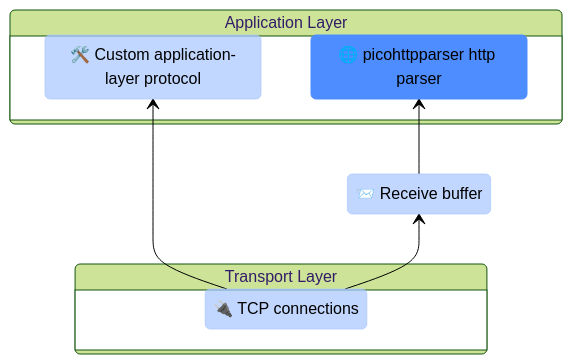
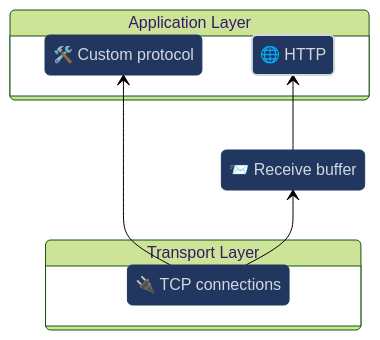
Before and after one commit to L0bstr/clawnet: the diagram in README.md, drawn with Mermaid (forest theme). The commit also changed other lines of this file and 2 other files, not shown here.

````diff
--- a/README.md
+++ b/README.md
@@ -21,30 +21,30 @@
 ```mermaid
 stateDiagram-v2
     direction BT
 
     state "🔌 TCP connections" as tcp
     state "📨 Receive buffer" as recv_buffer
-    state "🛠️ Custom application-layer protocol" as custom_app_prot
-    state "🌐 picohttpparser http parser" as picohttpparser
+    state "🛠️ Custom protocol" as custom_prot
+    state "🌐 HTTP" as http
 
     state "Application Layer" as application_layer {
-        custom_app_prot
-        picohttpparser
+        custom_prot
+        http
     }
 
     state "Transport Layer" as transport_layer {
         tcp
     }
 
-    tcp --> custom_app_prot
+    tcp --> custom_prot
     tcp --> recv_buffer
-    recv_buffer --> picohttpparser
+    recv_buffer --> http
 
-    classDef current fill:#4D8DFF, stroke:#4D8DFF, color:#000
-    classDef normal fill:#A9C7FFB3, stroke:#A9C7FFB3, color:#000
+    classDef current fill:#223760, stroke:#D3D7DF, color:#D3D7DF, stroke-width:2px
+    classDef normal fill:#223760, stroke:#223760, color:#D3D7DF
 
     class tcp normal
     class recv_buffer normal
-    class custom_app_prot normal
-    class picohttpparser current
+    class custom_prot normal
+    class http current
 ```
````
